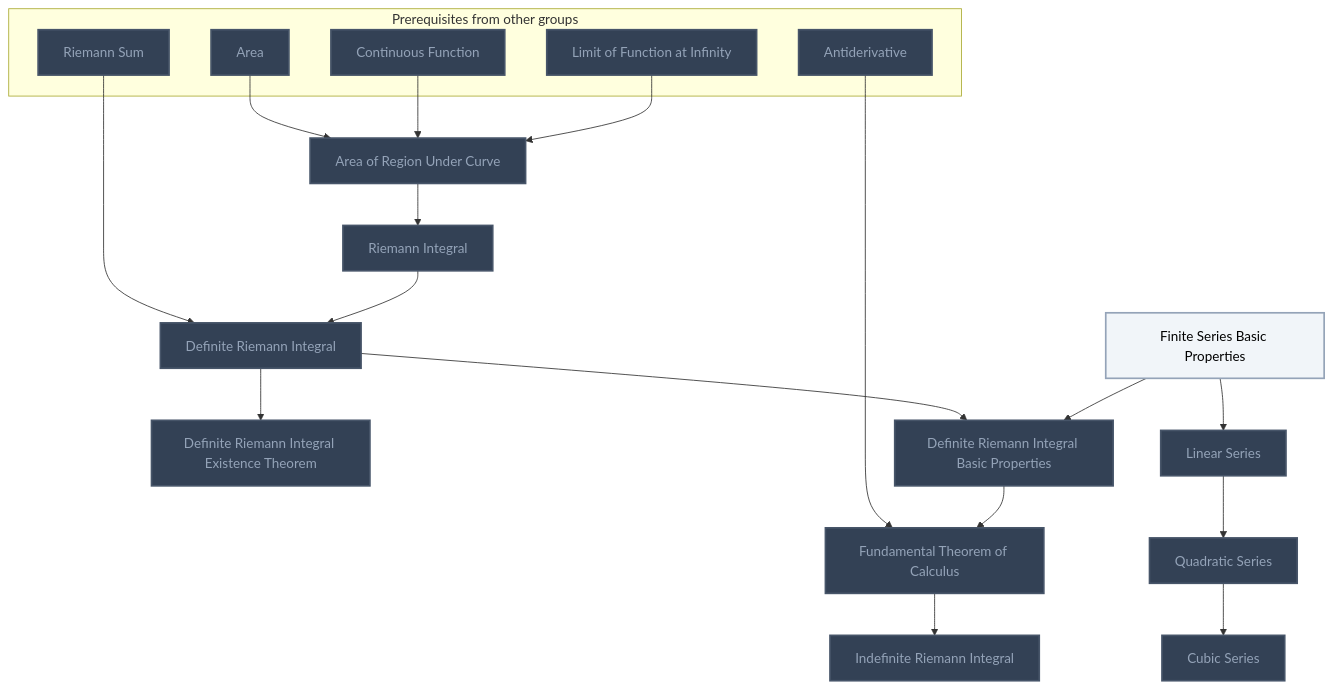
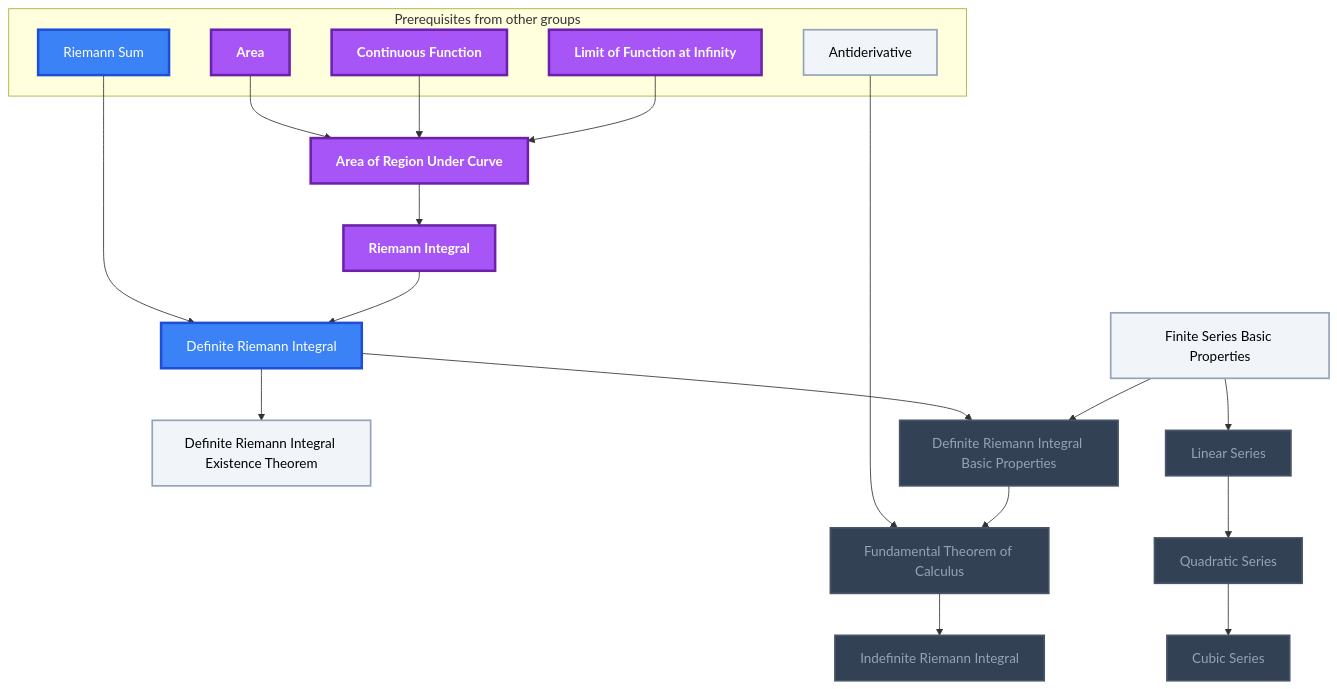
One commit to MRauf1/My-Notes changed the fourth of 12 diagrams in Gamification/Skill Trees/Calculus.md. Above: the diagram before and after it, drawn with Mermaid. The commit also changed other lines of this file and 156 other files, not shown here.

````diff
--- a/Gamification/Skill Trees/Calculus.md
+++ b/Gamification/Skill Trees/Calculus.md
@@ -464,48 +473,50 @@
 ```mermaid
 flowchart TD
     classDef planned fill:#1E293B,stroke:#64748B,stroke-width:2px,stroke-dasharray:5 5,color:#94A3B8;
     classDef locked fill:#334155,stroke:#475569,stroke-width:2px,color:#94A3B8;
     classDef L0 fill:#F1F5F9,stroke:#94A3B8,stroke-width:2px,color:#000000;
     classDef L1 fill:#22C55E,stroke:#15803D,stroke-width:2px,color:#000000;
     classDef L2 fill:#3B82F6,stroke:#1D4ED8,stroke-width:3px,color:#FFFFFF;
     classDef L3 fill:#A855F7,stroke:#6B21A8,stroke-width:3px,color:#FFFFFF,font-weight:bold;
     classDef L4 fill:#F97316,stroke:#C2410C,stroke-width:4px,color:#000000,font-weight:bold;
     classDef L5 fill:#FFD700,stroke:#FF8C00,stroke-width:5px,color:#000000,font-weight:bold;
     classDef rusty stroke:#8B4513,stroke-width:4px,stroke-dasharray:3 3;
     subgraph sg_prereqs["Prerequisites from other groups"]
         n_area["Area"]
         n_continuous_function["Continuous Function"]
         n_limit_of_function_at_infinity["Limit of Function at Infinity"]
         n_riemann_sum["Riemann Sum"]
         n_antiderivative["Antiderivative"]
     end
     n_area_of_region_under_curve["Area of Region Under Curve"]
     n_definite_riemann_integral["Definite Riemann Integral"]
     n_riemann_integral["Riemann Integral"]
     n_definite_riemann_integral_existence_theorem["Definite Riemann Integral Existence Theorem"]
     n_quadratic_series["Quadratic Series"]
     n_cubic_series["Cubic Series"]
     n_finite_series_basic_properties["Finite Series Basic Properties"]
     n_linear_series["Linear Series"]
     n_definite_riemann_integral_basic_properties["Definite Riemann Integral Basic Properties"]
     n_fundamental_theorem_of_calculus["Fundamental Theorem of Calculus"]
     n_indefinite_riemann_integral["Indefinite Riemann Integral"]
     n_area --> n_area_of_region_under_curve
     n_continuous_function --> n_area_of_region_under_curve
     n_limit_of_function_at_infinity --> n_area_of_region_under_curve
     n_riemann_sum --> n_definite_riemann_integral
     n_riemann_integral --> n_definite_riemann_integral
     n_area_of_region_under_curve --> n_riemann_integral
     n_definite_riemann_integral --> n_definite_riemann_integral_existence_theorem
     n_linear_series --> n_quadratic_series
     n_quadratic_series --> n_cubic_series
     n_finite_series_basic_properties --> n_linear_series
     n_definite_riemann_integral --> n_definite_riemann_integral_basic_properties
     n_finite_series_basic_properties --> n_definite_riemann_integral_basic_properties
     n_antiderivative --> n_fundamental_theorem_of_calculus
     n_definite_riemann_integral_basic_properties --> n_fundamental_theorem_of_calculus
     n_fundamental_theorem_of_calculus --> n_indefinite_riemann_integral
-    class n_area,n_continuous_function,n_limit_of_function_at_infinity,n_riemann_sum,n_antiderivative,n_area_of_region_under_curve,n_definite_riemann_integral,n_riemann_integral,n_definite_riemann_integral_existence_theorem,n_quadratic_series,n_cubic_series,n_linear_series,n_definite_riemann_integral_basic_properties,n_fundamental_theorem_of_calculus,n_indefinite_riemann_integral locked;
-    class n_finite_series_basic_properties L0;
+    class n_quadratic_series,n_cubic_series,n_linear_series,n_definite_riemann_integral_basic_properties,n_fundamental_theorem_of_calculus,n_indefinite_riemann_integral locked;
+    class n_antiderivative,n_definite_riemann_integral_existence_theorem,n_finite_series_basic_properties L0;
+    class n_riemann_sum,n_definite_riemann_integral L2;
+    class n_area,n_continuous_function,n_limit_of_function_at_infinity,n_area_of_region_under_curve,n_riemann_integral L3;
     class n_area,n_continuous_function,n_limit_of_function_at_infinity,n_riemann_sum,n_antiderivative,n_area_of_region_under_curve,n_definite_riemann_integral,n_riemann_integral,n_definite_riemann_integral_existence_theorem,n_quadratic_series,n_cubic_series,n_finite_series_basic_properties,n_linear_series,n_definite_riemann_integral_basic_properties,n_fundamental_theorem_of_calculus,n_indefinite_riemann_integral internal-link;
 ```
````
